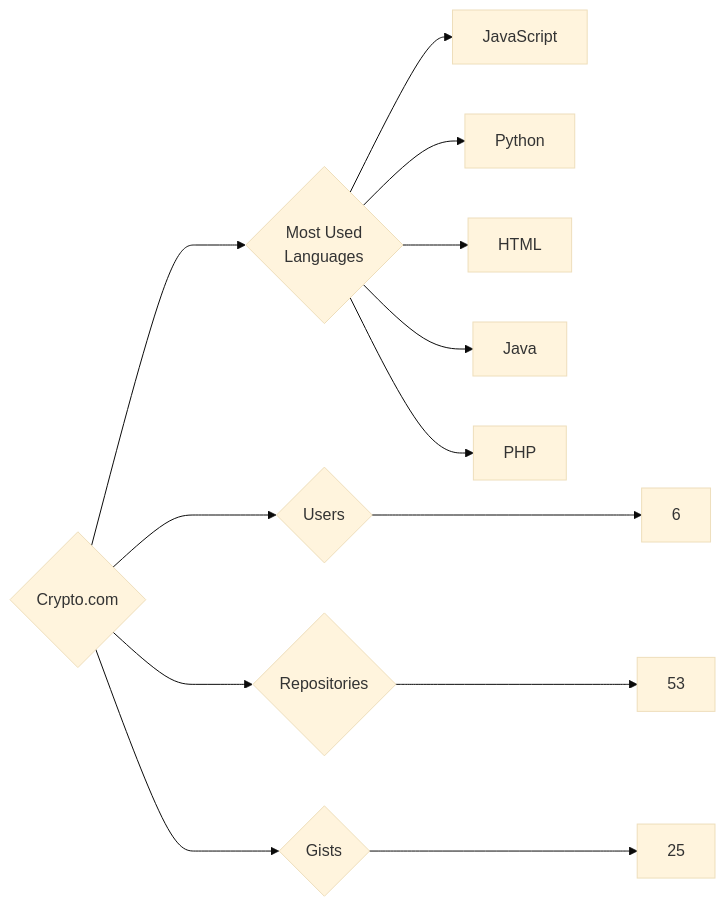
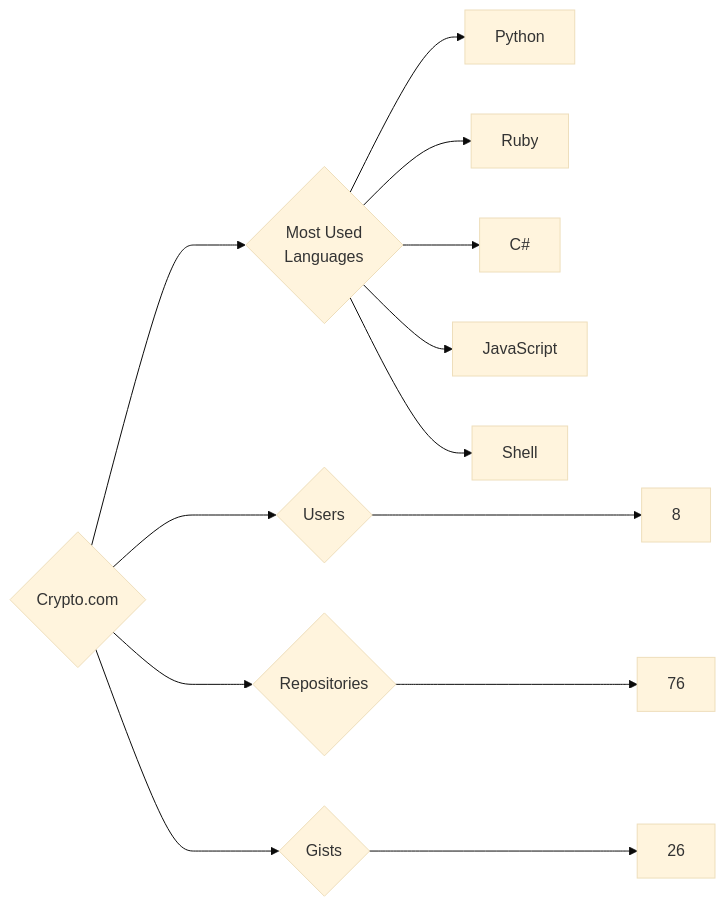
One commit to trickest/insiders changed the diagram in targets/Crypto.com/README.md. Above: the diagram before and after it, drawn with Mermaid (base theme). The commit also changed 823 other files, not shown here.

````diff
--- a/targets/Crypto.com/README.md
+++ b/targets/Crypto.com/README.md
@@ -3,13 +3,13 @@
 ```mermaid
 graph LR
 COMPANY_NAME{Crypto.com}
-COMPANY_NAME ---> U{Users} ---> UN[6]
-COMPANY_NAME ---> R{Repositories} ---> RN[53]
-COMPANY_NAME ---> G{Gists} ---> GN[25]
+COMPANY_NAME ---> U{Users} ---> UN[8]
+COMPANY_NAME ---> R{Repositories} ---> RN[76]
+COMPANY_NAME ---> G{Gists} ---> GN[26]
 COMPANY_NAME ---> ML{Most Used<br>Languages}
+ML --> Python[Python]
+ML --> Ruby[Ruby]
+ML --> C#[C#]
 ML --> JavaScript[JavaScript]
-ML --> Python[Python]
-ML --> HTML[HTML]
-ML --> Java[Java]
-ML --> PHP[PHP]
+ML --> Shell[Shell]
 ```
````
